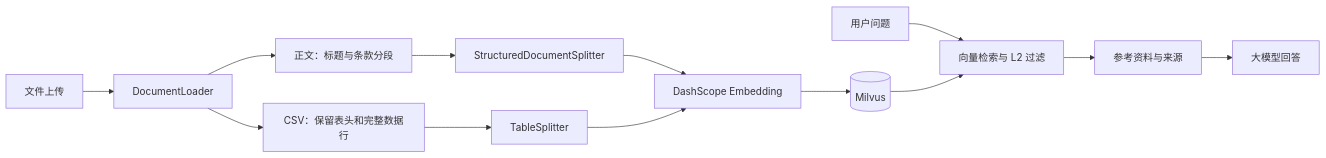
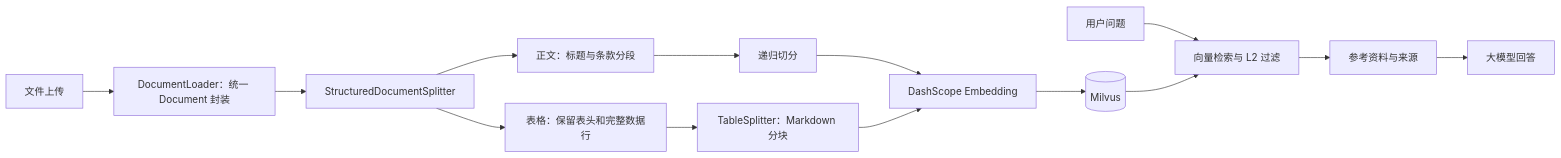
One commit to sleepy-mendeleev/My_Rag changed the diagram in README.md. Above: the diagram before and after it, drawn with Mermaid. The commit also changed other lines of this file and 18 other files, not shown here.

````diff
--- a/README.md
+++ b/README.md
@@ -27,15 +27,16 @@
 ```mermaid
 flowchart LR
-    A[文件上传] --> B[DocumentLoader]
-    B --> C[正文：标题与条款分段]
-    B --> D[CSV：保留表头和完整数据行]
-    C --> E[StructuredDocumentSplitter]
-    D --> F[TableSplitter]
-    E --> G[DashScope Embedding]
-    F --> G
-    G --> H[(Milvus)]
+    A[文件上传] --> B[DocumentLoader：统一 Document 封装]
+    B --> C[StructuredDocumentSplitter]
+    C --> D[正文：标题与条款分段]
+    C --> E[表格：保留表头和完整数据行]
+    D --> F[递归切分]
+    E --> G[TableSplitter：Markdown 分块]
+    F --> H[DashScope Embedding]
+    G --> H
+    H --> M[(Milvus)]
     I[用户问题] --> J[向量检索与 L2 过滤]
-    H --> J
+    M --> J
     J --> K[参考资料与来源]
     K --> L[大模型回答]
 ```
````
